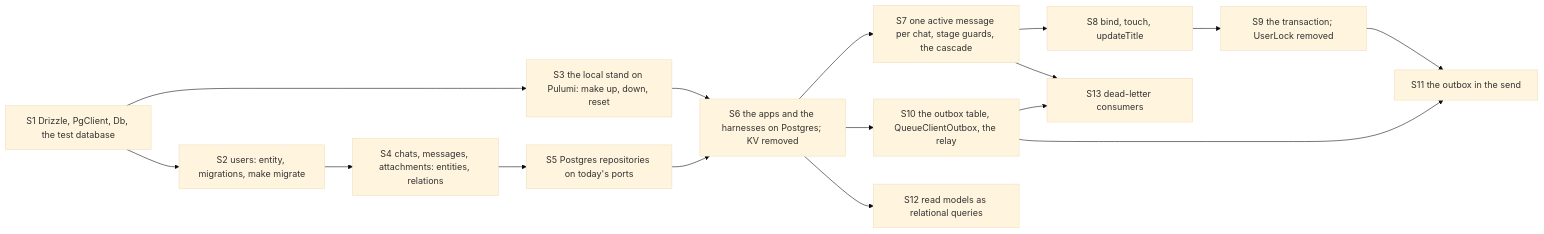
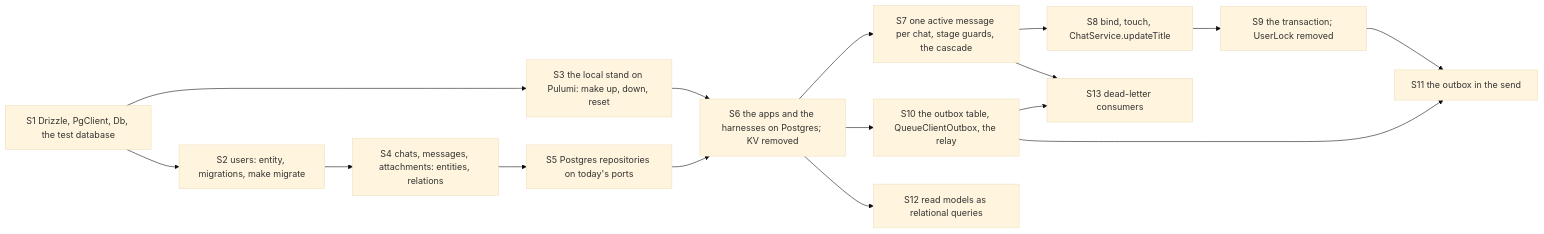
Before and after one commit to khotei/app-template: the diagram in docs/tickets/2026-10-22-1915_postgres-drizzle/plan.md, drawn with Mermaid (base theme). The commit also changed other lines of this file and 5 other files, not shown here.

````diff
--- a/docs/tickets/2026-10-22-1915_postgres-drizzle/plan.md
+++ b/docs/tickets/2026-10-22-1915_postgres-drizzle/plan.md
@@ -44,18 +44,18 @@
 ```mermaid
 graph LR
   S1[S1 Drizzle, PgClient, Db, the test database] --> S2[S2 users: entity, migrations, make migrate]
   S1 --> S3[S3 the local stand on Pulumi: make up, down, reset]
   S2 --> S4[S4 chats, messages, attachments: entities, relations]
   S4 --> S5[S5 Postgres repositories on today's ports]
   S3 --> S6[S6 the apps and the harnesses on Postgres; KV removed]
   S5 --> S6
   S6 --> S7[S7 one active message per chat, stage guards, the cascade]
-  S7 --> S8[S8 bind, touch, updateTitle]
+  S7 --> S8[S8 bind, touch, ChatService.updateTitle]
   S8 --> S9[S9 the transaction; UserLock removed]
   S6 --> S10[S10 the outbox table, QueueClientOutbox, the relay]
   S9 --> S11[S11 the outbox in the send]
   S10 --> S11
   S6 --> S12[S12 read models as relational queries]
   S7 --> S13[S13 dead-letter consumers]
   S10 --> S13
 ```
````
